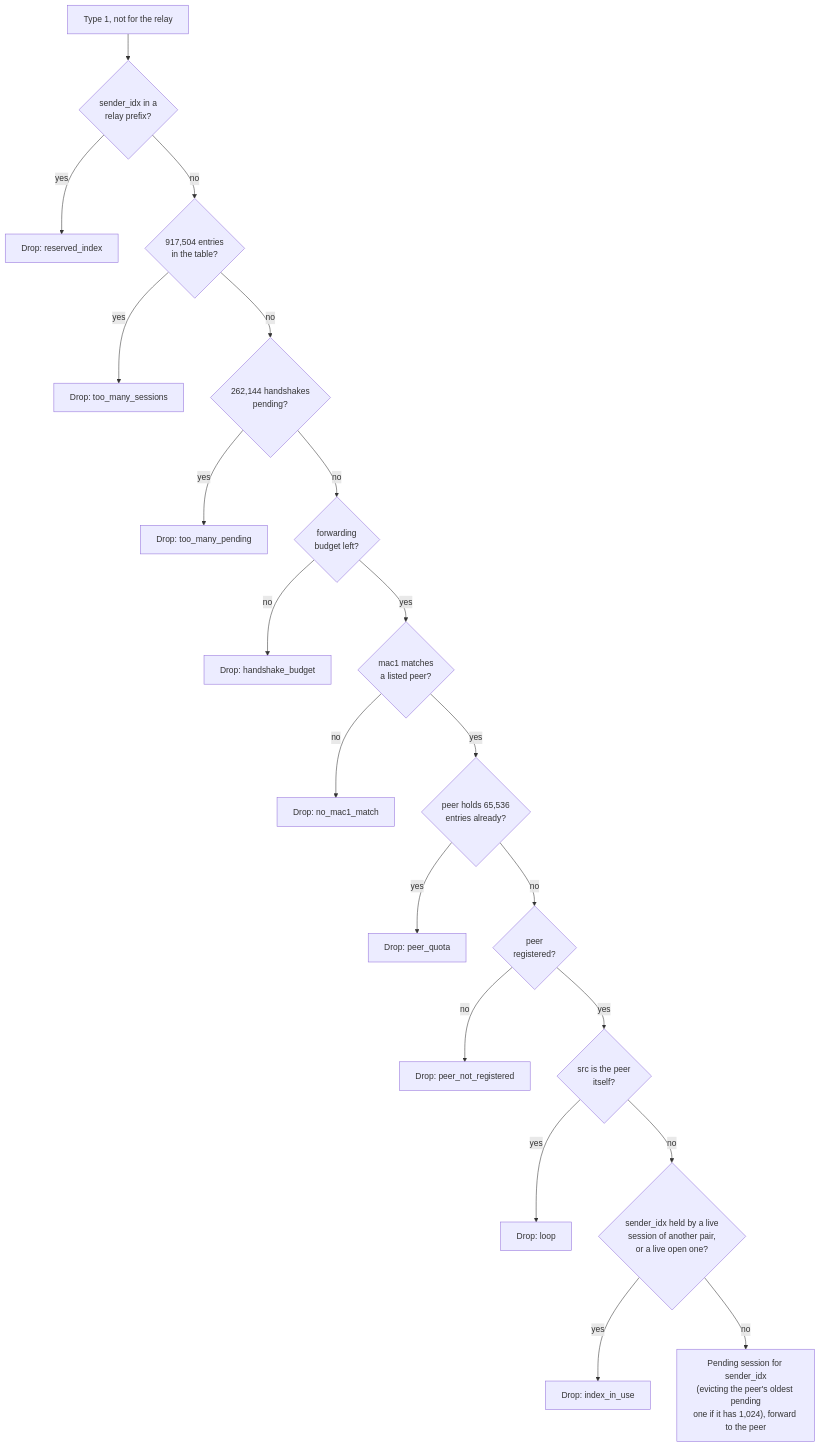
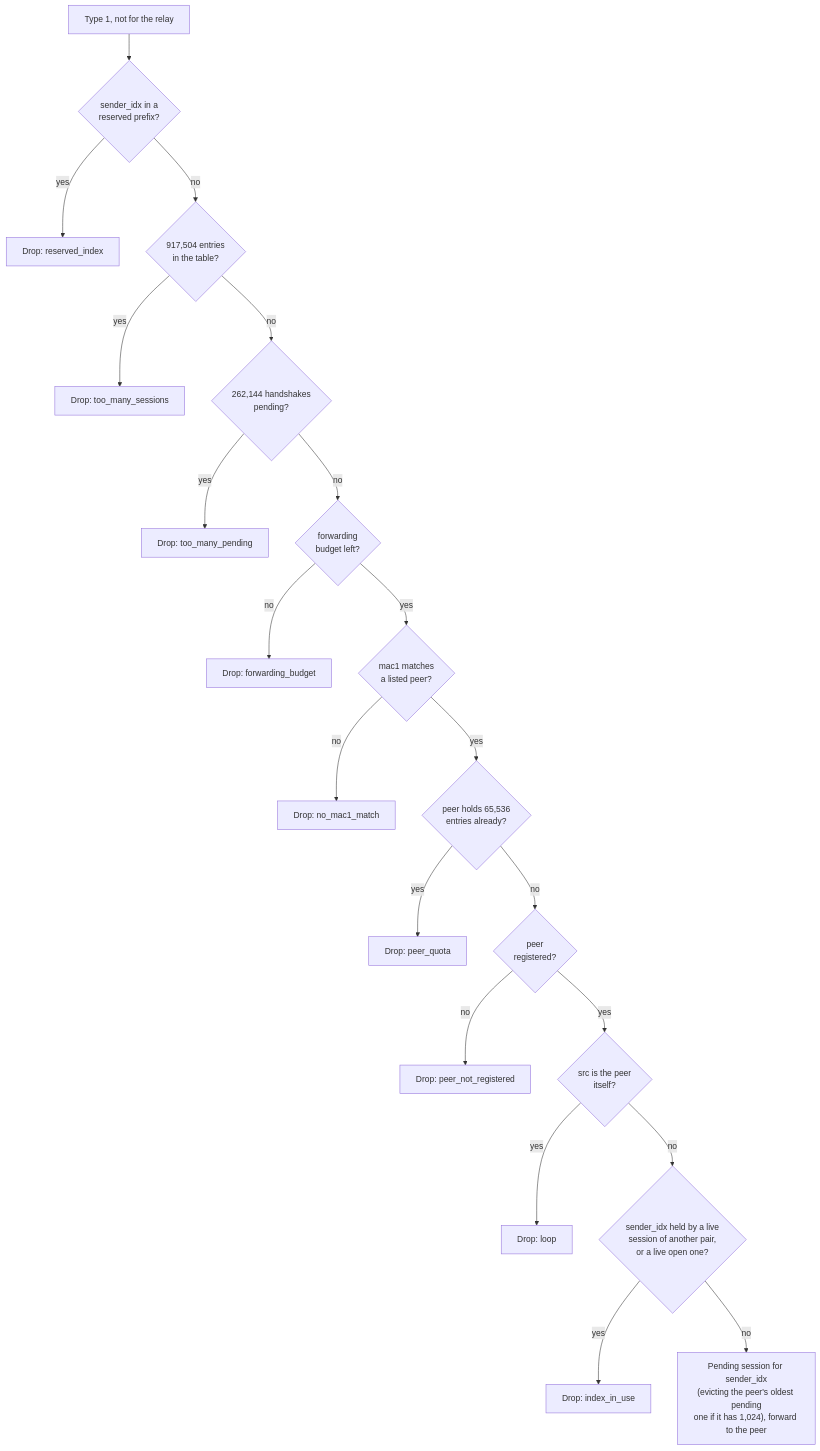
One commit to 3alpha/wg-relay changed diagram 15 of 22 in docs/how-it-works.md. Above: the diagram before and after it, drawn with Mermaid. The commit also changed other lines of this file and 18 other files, not shown here.

````diff
--- a/docs/how-it-works.md
+++ b/docs/how-it-works.md
@@ -534,22 +543,22 @@
 ```mermaid
 flowchart TD
-    A["Type 1, not for the relay"] --> R{"sender_idx in a<br/>relay prefix?"}
+    A["Type 1, not for the relay"] --> R{"sender_idx in a<br/>reserved prefix?"}
     R -- yes --> X0["Drop: reserved_index"]
     R -- no --> F{"917,504 entries<br/>in the table?"}
     F -- yes --> X7["Drop: too_many_sessions"]
     F -- no --> G{"262,144 handshakes<br/>pending?"}
     G -- yes --> X5["Drop: too_many_pending"]
     G -- no --> BG{"forwarding<br/>budget left?"}
-    BG -- no --> X6["Drop: handshake_budget"]
+    BG -- no --> X6["Drop: forwarding_budget"]
     BG -- yes --> B{"mac1 matches<br/>a listed peer?"}
     B -- no --> X1["Drop: no_mac1_match"]
     B -- yes --> Q{"peer holds 65,536<br/>entries already?"}
     Q -- yes --> X8["Drop: peer_quota"]
     Q -- no --> C{"peer<br/>registered?"}
     C -- no --> X2["Drop: peer_not_registered"]
     C -- yes --> L{"src is the peer<br/>itself?"}
     L -- yes --> X3["Drop: loop"]
     L -- no --> U{"sender_idx held by a live<br/>session of another pair,<br/>or a live open one?"}
     U -- yes --> X4["Drop: index_in_use"]
     U -- no --> OK["Pending session for sender_idx<br/>(evicting the peer's oldest pending<br/>one if it has 1,024), forward to the peer"]
 ```
````
